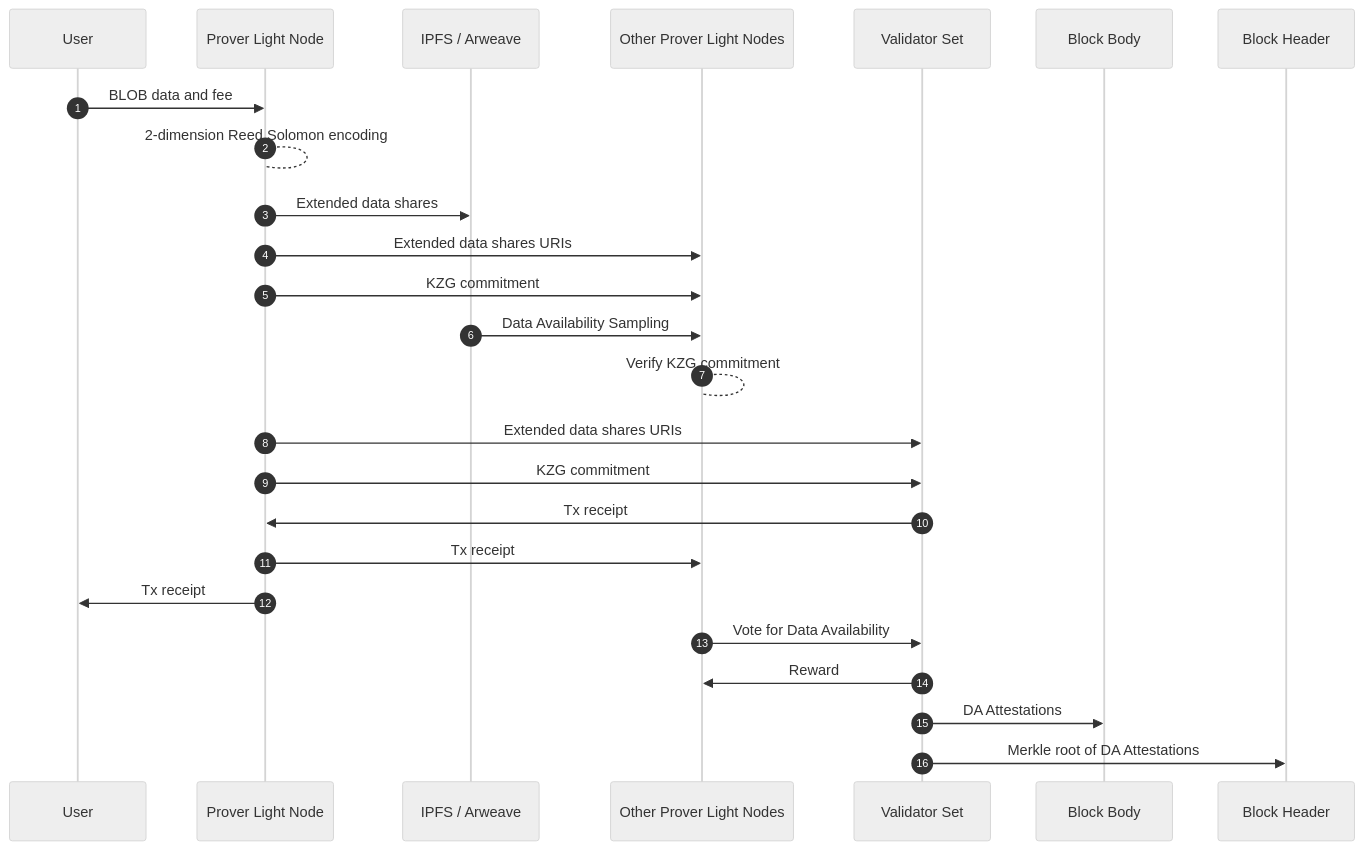
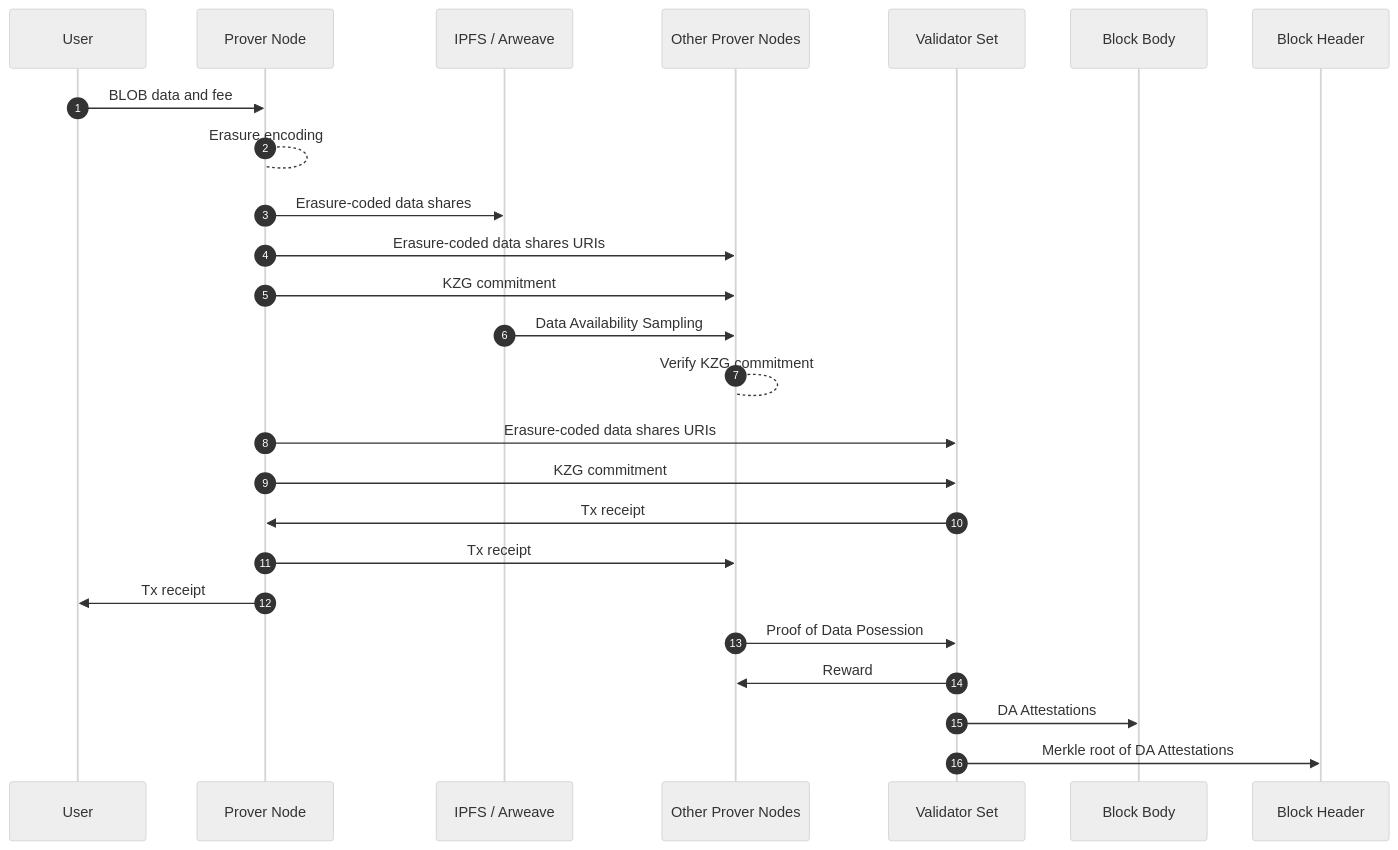
The diagram in learn/sunrise/blob.md (sunriselayer/gitbook), drawn with Mermaid (neutral theme) before and after one commit. The commit also changed other lines of this file, not shown here.

````diff
--- a/learn/sunrise/blob.md
+++ b/learn/sunrise/blob.md
@@ -79,20 +75,20 @@
 ```mermaid
 sequenceDiagram
     autonumber
-    User ->> Prover Light Node: BLOB data and fee
-    Prover Light Node --> Prover Light Node: 2-dimension Reed Solomon encoding
-    Prover Light Node ->> IPFS / Arweave: Extended data shares
-    Prover Light Node ->> Other Prover Light Nodes: Extended data shares URIs
-    Prover Light Node ->> Other Prover Light Nodes: KZG commitment
-    IPFS / Arweave ->> Other Prover Light Nodes: Data Availability Sampling
-    Other Prover Light Nodes --> Other Prover Light Nodes: Verify KZG commitment
-    Prover Light Node ->> Validator Set: Extended data shares URIs
-    Prover Light Node ->> Validator Set: KZG commitment
-    Validator Set ->> Prover Light Node: Tx receipt
-    Prover Light Node ->> Other Prover Light Nodes: Tx receipt
-    Prover Light Node ->> User: Tx receipt
-    Other Prover Light Nodes ->> Validator Set: Vote for Data Availability
-    Validator Set ->> Other Prover Light Nodes: Reward
+    User ->> Prover Node: BLOB data and fee
+    Prover Node --> Prover Node: Erasure encoding
+    Prover Node ->> IPFS / Arweave: Erasure-coded data shares
+    Prover Node ->> Other Prover Nodes: Erasure-coded data shares URIs
+    Prover Node ->> Other Prover Nodes: KZG commitment
+    IPFS / Arweave ->> Other Prover Nodes: Data Availability Sampling
+    Other Prover Nodes --> Other Prover Nodes: Verify KZG commitment
+    Prover Node ->> Validator Set: Erasure-coded data shares URIs
+    Prover Node ->> Validator Set: KZG commitment
+    Validator Set ->> Prover Node: Tx receipt
+    Prover Node ->> Other Prover Nodes: Tx receipt
+    Prover Node ->> User: Tx receipt
+    Other Prover Nodes ->> Validator Set: Proof of Data Posession
+    Validator Set ->> Other Prover Nodes: Reward
     Validator Set ->> Block Body: DA Attestations
     Validator Set ->> Block Header: Merkle root of DA Attestations
 ```
````
